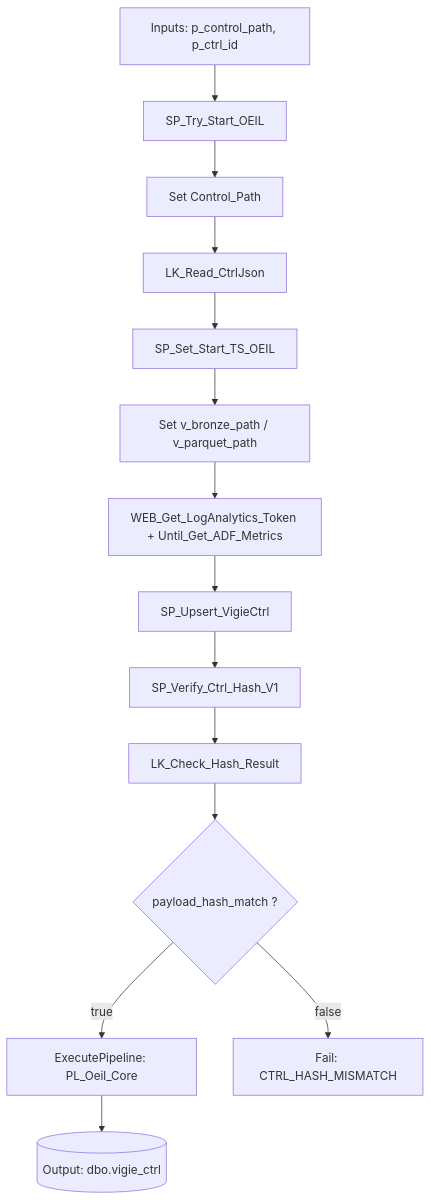
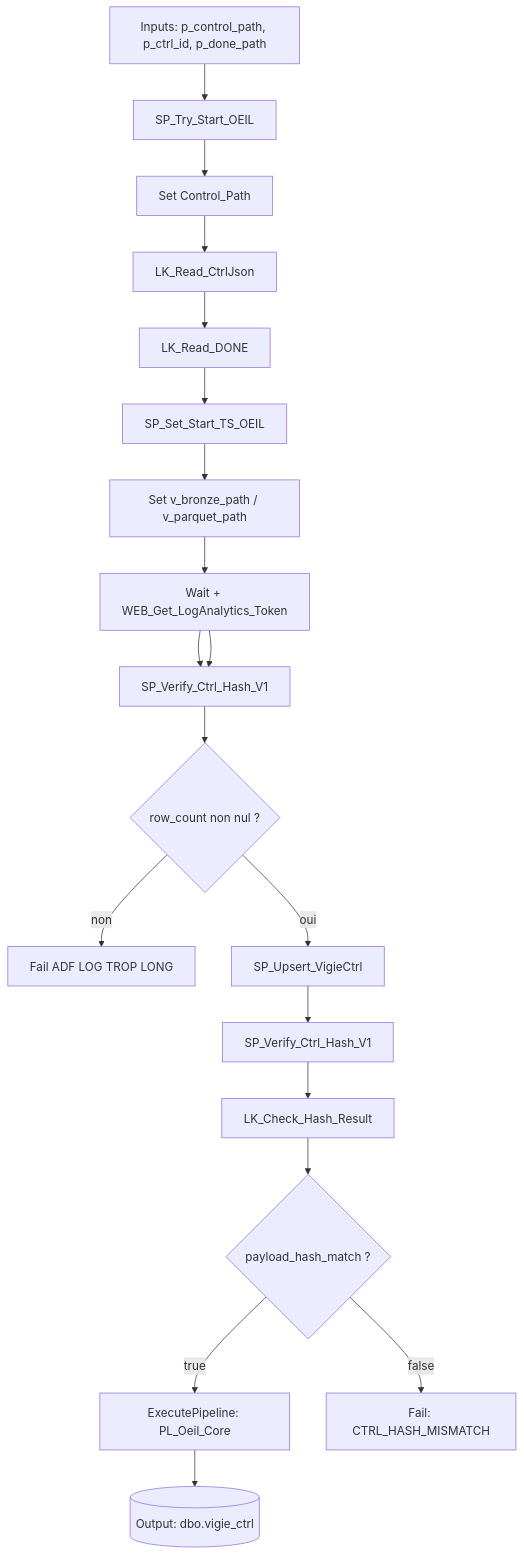
One commit to lawiz22/OeilTest changed the first of 3 diagrams in docs/technical_reference/adf_pipelines.md. Above: the diagram before and after it, drawn with Mermaid. The commit also changed other lines of this file and 9 other files, not shown here.

````diff
--- a/docs/technical_reference/adf_pipelines.md
+++ b/docs/technical_reference/adf_pipelines.md
@@ -175,17 +176,22 @@
 ```mermaid
 flowchart TD
-	A[Inputs: p_control_path, p_ctrl_id] --> B[SP_Try_Start_OEIL]
+	A[Inputs: p_control_path, p_ctrl_id, p_done_path] --> B[SP_Try_Start_OEIL]
 	B --> C[Set Control_Path]
 	C --> D[LK_Read_CtrlJson]
-	D --> E[SP_Set_Start_TS_OEIL]
-	E --> F[Set v_bronze_path / v_parquet_path]
-	F --> G[WEB_Get_LogAnalytics_Token + Until_Get_ADF_Metrics]
-	G --> H[SP_Upsert_VigieCtrl]
+	D --> E[LK_Read_DONE]
+	E --> F[SP_Set_Start_TS_OEIL]
+	F --> G[Set v_bronze_path / v_parquet_path]
+	G --> H[Wait + WEB_Get_LogAnalytics_Token]
+	H --> I[WEB_ADF_RowCount_Copie_Parquet]
+	I --> J{row_count non nul ?}
+	J -->|non| K[Fail ADF LOG TROP LONG]
+	J -->|oui| L[SP_Upsert_VigieCtrl]
+	L --> M[SP_Verify_Ctrl_Hash_V1]
+	M --> N[LK_Check_Hash_Result]
+	N --> O{payload_hash_match ?}
+	O -->|true| P[ExecutePipeline: PL_Oeil_Core]
+	O -->|false| Q[Fail: CTRL_HASH_MISMATCH]
 	H --> I[SP_Verify_Ctrl_Hash_V1]
-	I --> J[LK_Check_Hash_Result]
-	J --> K{payload_hash_match ?}
-	K -->|true| L[ExecutePipeline: PL_Oeil_Core]
-	K -->|false| M[Fail: CTRL_HASH_MISMATCH]
 
-	L --> N[(Output: dbo.vigie_ctrl)]
+	P --> R[(Output: dbo.vigie_ctrl)]
 ```
````
